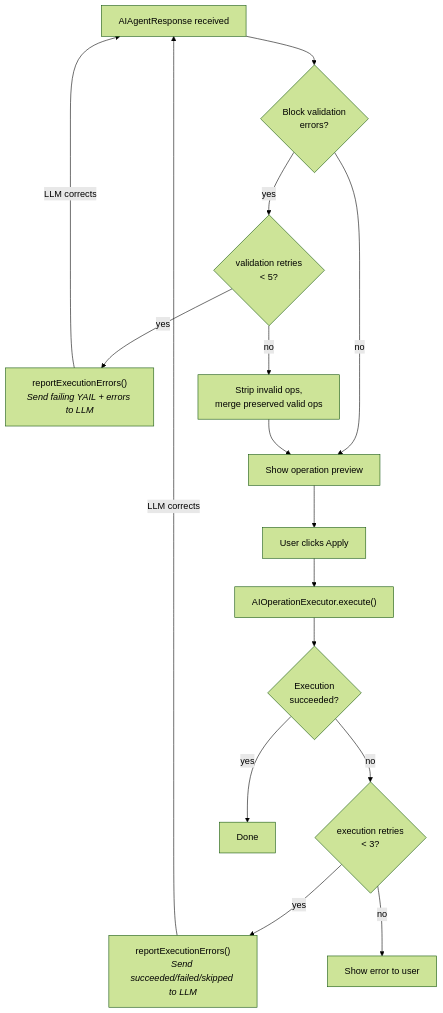
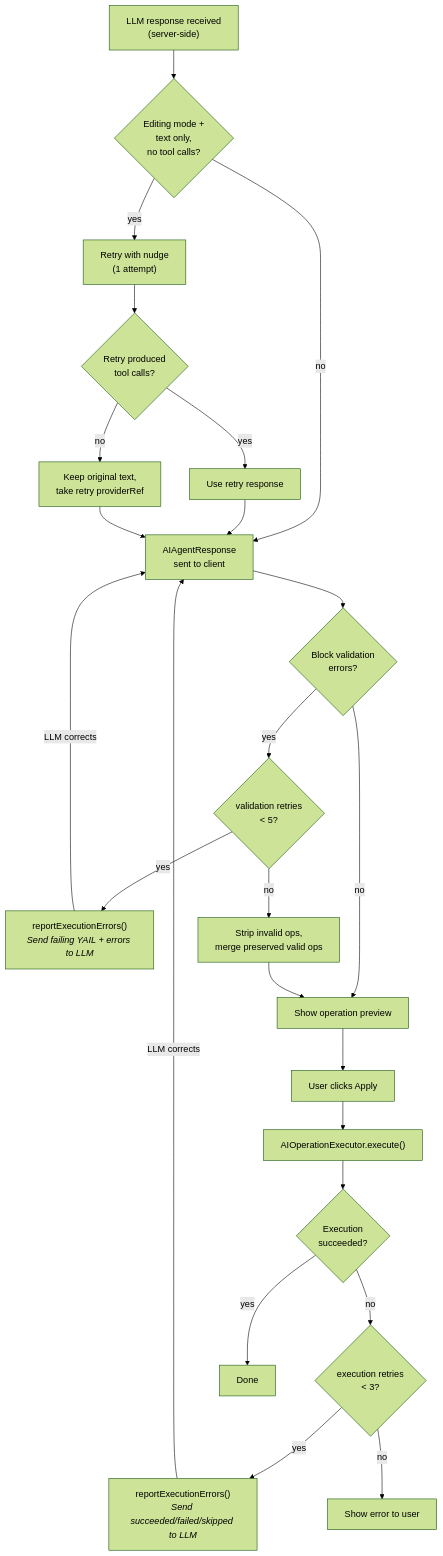
Before and after one commit to mit-cml/appinventor-sources: the tenth of 13 diagrams in CONTRIBUTING_AI.md, drawn with Mermaid (forest theme). The commit also changed other lines of this file, not shown here.

Commit message:
Clarify Nudging Documentation

````diff
--- a/CONTRIBUTING_AI.md
+++ b/CONTRIBUTING_AI.md
@@ -658,27 +658,40 @@
 ```mermaid
 flowchart TD
-    Resp["AIAgentResponse received"]
+    LLMResp["LLM response received<br/>(server-side)"]
+    NCheck{"Editing mode +<br/>text only,<br/>no tool calls?"}
+    Nudge["Retry with nudge<br/>(1 attempt)"]
+    NResult{"Retry produced<br/>tool calls?"}
+    UseRetry["Use retry response"]
+    UseOrig["Keep original text,<br/>take retry providerRef"]
+
+    Resp["AIAgentResponse<br/>sent to client"]
     VCheck{"Block validation<br/>errors?"}
     VRetry{"validation retries<br/>< 5?"}
     VReport["reportExecutionErrors()<br/><i>Send failing YAIL + errors to LLM</i>"]
     VStrip["Strip invalid ops,<br/>merge preserved valid ops"]
     Preview["Show operation preview"]
     Apply["User clicks Apply"]
     Execute["AIOperationExecutor.execute()"]
     ECheck{"Execution<br/>succeeded?"}
     ERetry{"execution retries<br/>< 3?"}
     EReport["reportExecutionErrors()<br/><i>Send succeeded/failed/skipped to LLM</i>"]
     Done["Done"]
     Fail["Show error to user"]
 
+    LLMResp --> NCheck
+    NCheck -->|yes| Nudge --> NResult
+    NCheck -->|no| Resp
+    NResult -->|yes| UseRetry --> Resp
+    NResult -->|no| UseOrig --> Resp
+
     Resp --> VCheck
     VCheck -->|no| Preview
     VCheck -->|yes| VRetry
     VRetry -->|yes| VReport -->|"LLM corrects"| Resp
     VRetry -->|no| VStrip --> Preview
     Preview --> Apply --> Execute --> ECheck
     ECheck -->|yes| Done
     ECheck -->|no| ERetry
     ERetry -->|yes| EReport -->|"LLM corrects"| Resp
     ERetry -->|no| Fail
 ```
````
